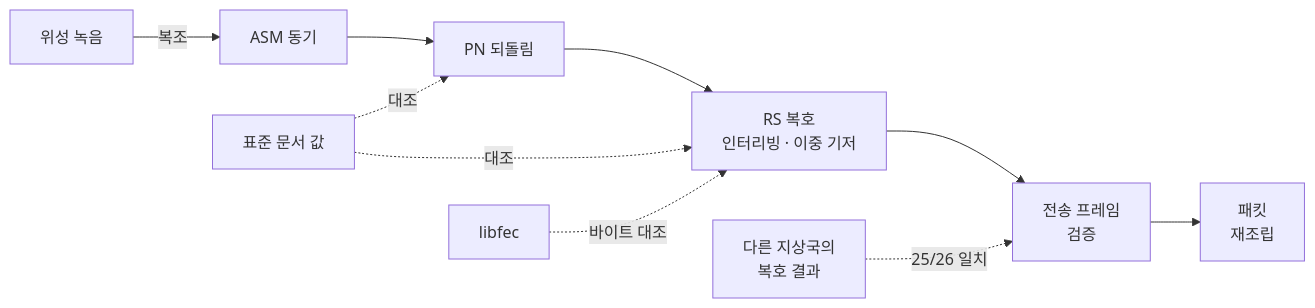
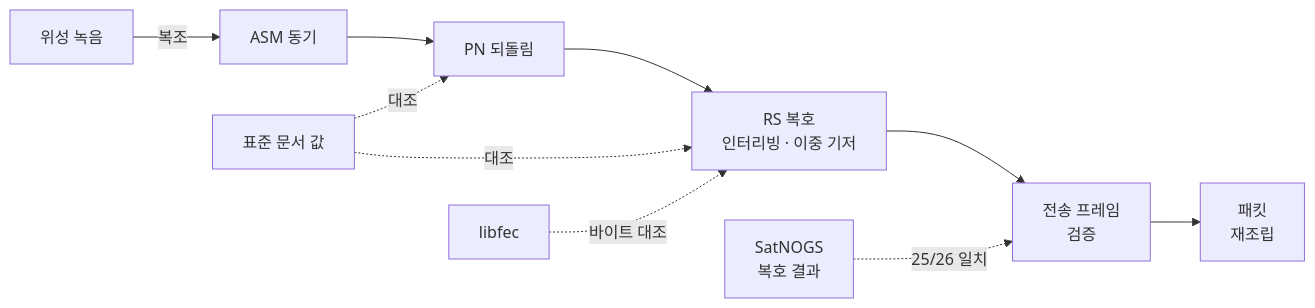
One commit to Haejyn/ccsds-downlink-reliability changed the diagram in README.md. Above: the diagram before and after it, drawn with Mermaid. The commit also changed other lines of this file and 4 other files, not shown here.

````diff
--- a/README.md
+++ b/README.md
@@ -31,12 +24,12 @@
 ```mermaid
 flowchart LR
     W["위성 녹음"] -->|복조| A["ASM 동기"]
     A --> P["PN 되돌림"]
     P --> R["RS 복호<br/>인터리빙 · 이중 기저"]
     R --> F["전송 프레임<br/>검증"]
     F --> K["패킷<br/>재조립"]
     S["표준 문서 값"] -. 대조 .-> P
     S -. 대조 .-> R
     L["libfec"] -. 바이트 대조 .-> R
-    G["다른 지상국의<br/>복호 결과"] -. 25/26 일치 .-> F
+    G["SatNOGS<br/>복호 결과"] -. 25/26 일치 .-> F
 ```
````
